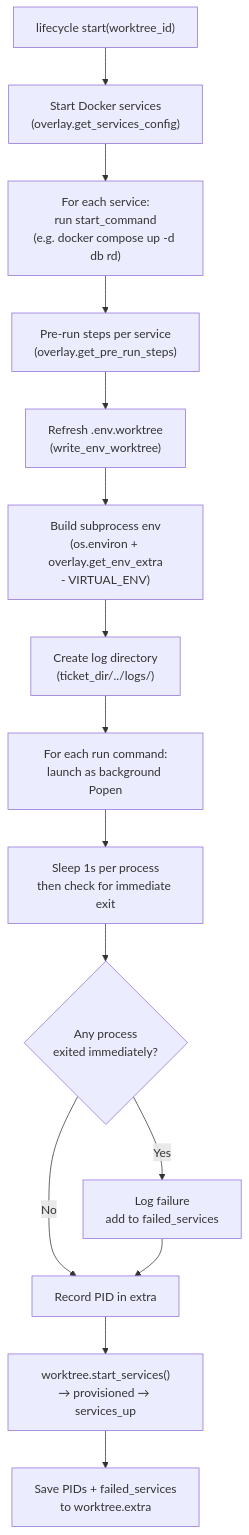
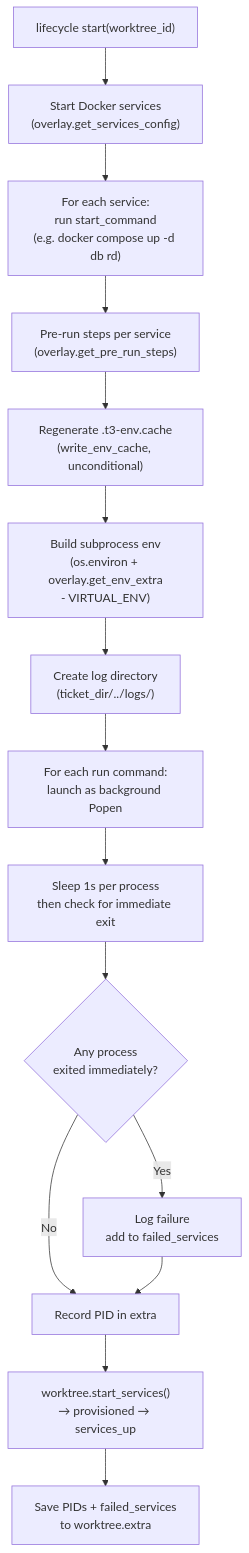
The fourth of 6 diagrams in BLUEPRINT.md (souliane/teatree), drawn with Mermaid before and after one commit. The commit also changed other lines of this file and 80 other files, not shown here.

First line of the commit message:
feat(robustness): typed subprocess + env cache + reconciler [none] (https://github.com/souliane/teatree/issues/390) (#401)

````diff
--- a/BLUEPRINT.md
+++ b/BLUEPRINT.md
@@ -1245,17 +1260,17 @@
 ```mermaid
 flowchart TD
     A["lifecycle start(worktree_id)"] --> B["Start Docker services\n(overlay.get_services_config)"]
     B --> C["For each service:\nrun start_command\n(e.g. docker compose up -d db rd)"]
     C --> D["Pre-run steps per service\n(overlay.get_pre_run_steps)"]
-    D --> E["Refresh .env.worktree\n(write_env_worktree)"]
+    D --> E["Regenerate .t3-env.cache\n(write_env_cache, unconditional)"]
     E --> F["Build subprocess env\n(os.environ + overlay.get_env_extra\n- VIRTUAL_ENV)"]
     F --> G["Create log directory\n(ticket_dir/../logs/)"]
     G --> H["For each run command:\nlaunch as background Popen"]
     H --> I["Sleep 1s per process\nthen check for immediate exit"]
     I --> J{"Any process\nexited immediately?"}
     J -- Yes --> K["Log failure\nadd to failed_services"]
     J -- No --> L["Record PID in extra"]
     K --> L
     L --> M["worktree.start_services()\n→ provisioned → services_up"]
     M --> N["Save PIDs + failed_services\nto worktree.extra"]
 ```
````
